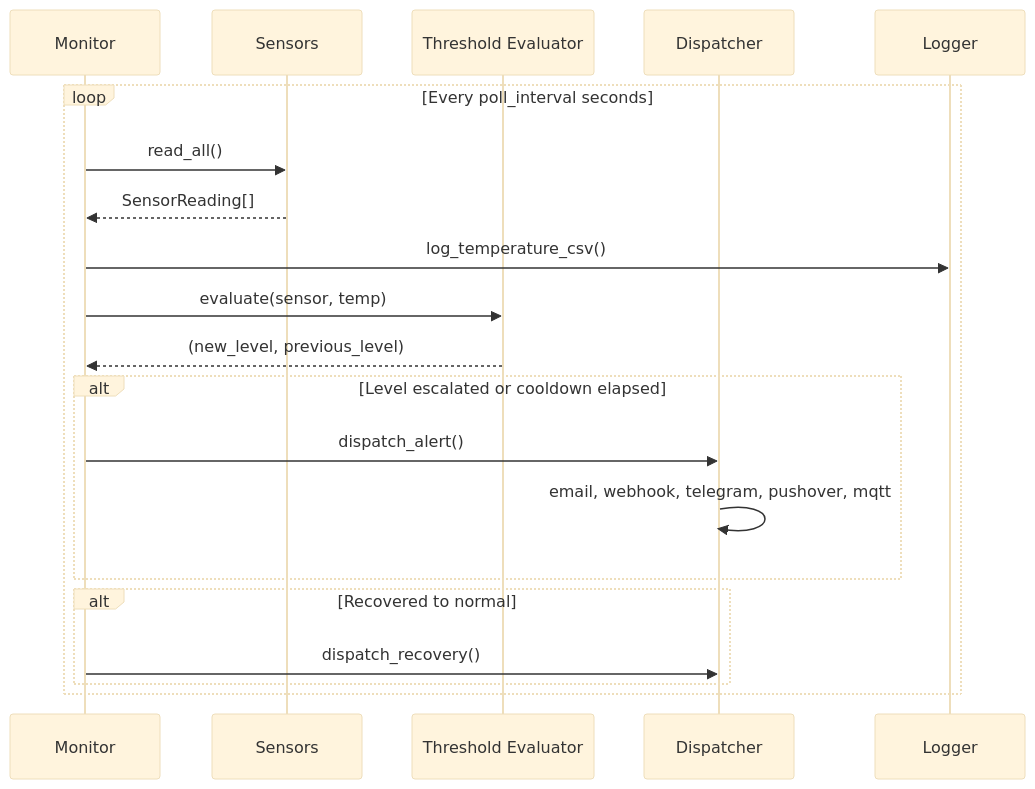
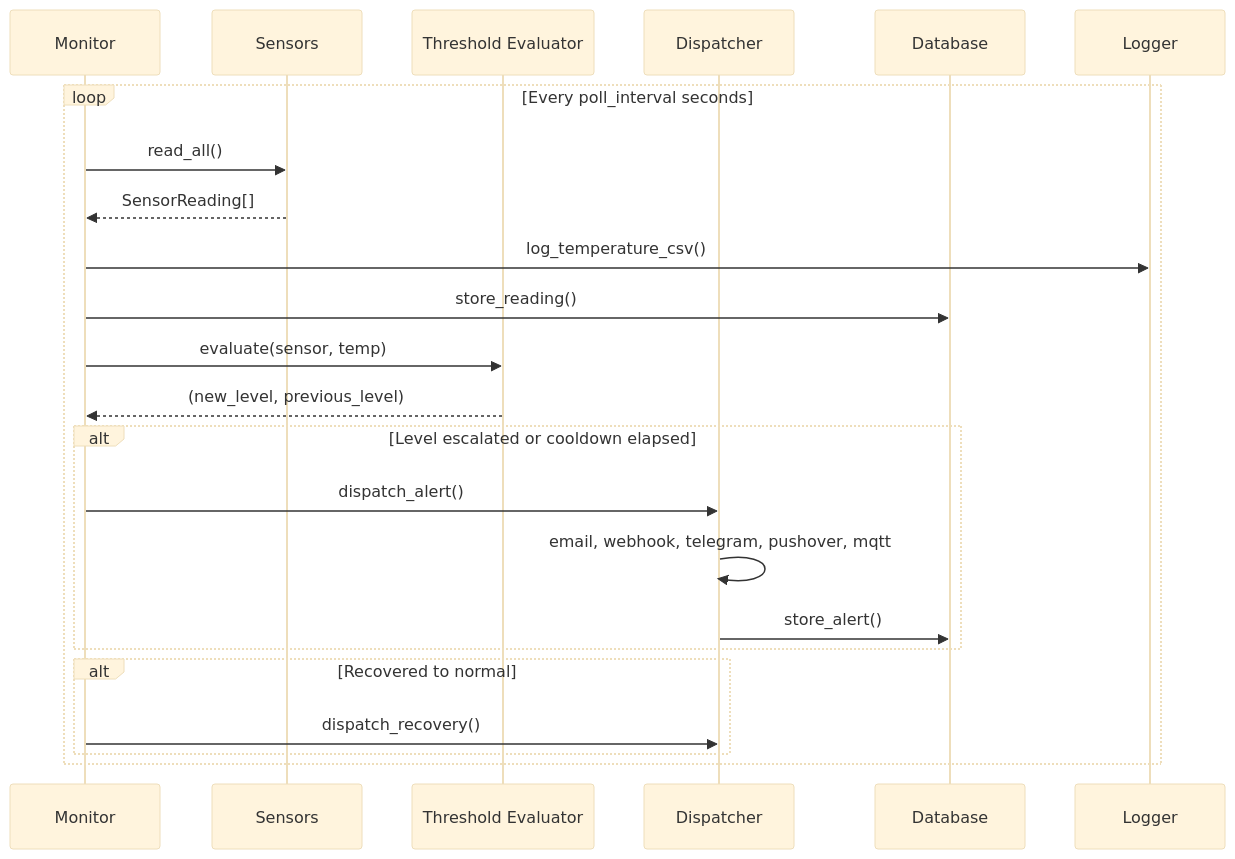
Before and after one commit to disappointingsupernova/pimon: the second of 3 diagrams in README.md, drawn with Mermaid (base theme). The commit also changed other lines of this file, not shown here.

First line of the commit message:
docs(readme): final comprehensive update with database, endpoints, and full config reference

````diff
--- a/README.md
+++ b/README.md
@@ -57,23 +61,26 @@
 ```mermaid
 sequenceDiagram
     participant M as Monitor
     participant S as Sensors
     participant T as Threshold Evaluator
     participant D as Dispatcher
+    participant DB as Database
     participant L as Logger
 
     loop Every poll_interval seconds
         M->>S: read_all()
         S-->>M: SensorReading[]
         M->>L: log_temperature_csv()
+        M->>DB: store_reading()
         M->>T: evaluate(sensor, temp)
         T-->>M: (new_level, previous_level)
         alt Level escalated or cooldown elapsed
             M->>D: dispatch_alert()
             D->>D: email, webhook, telegram, pushover, mqtt
+            D->>DB: store_alert()
         end
         alt Recovered to normal
             M->>D: dispatch_recovery()
         end
     end
 ```
````
